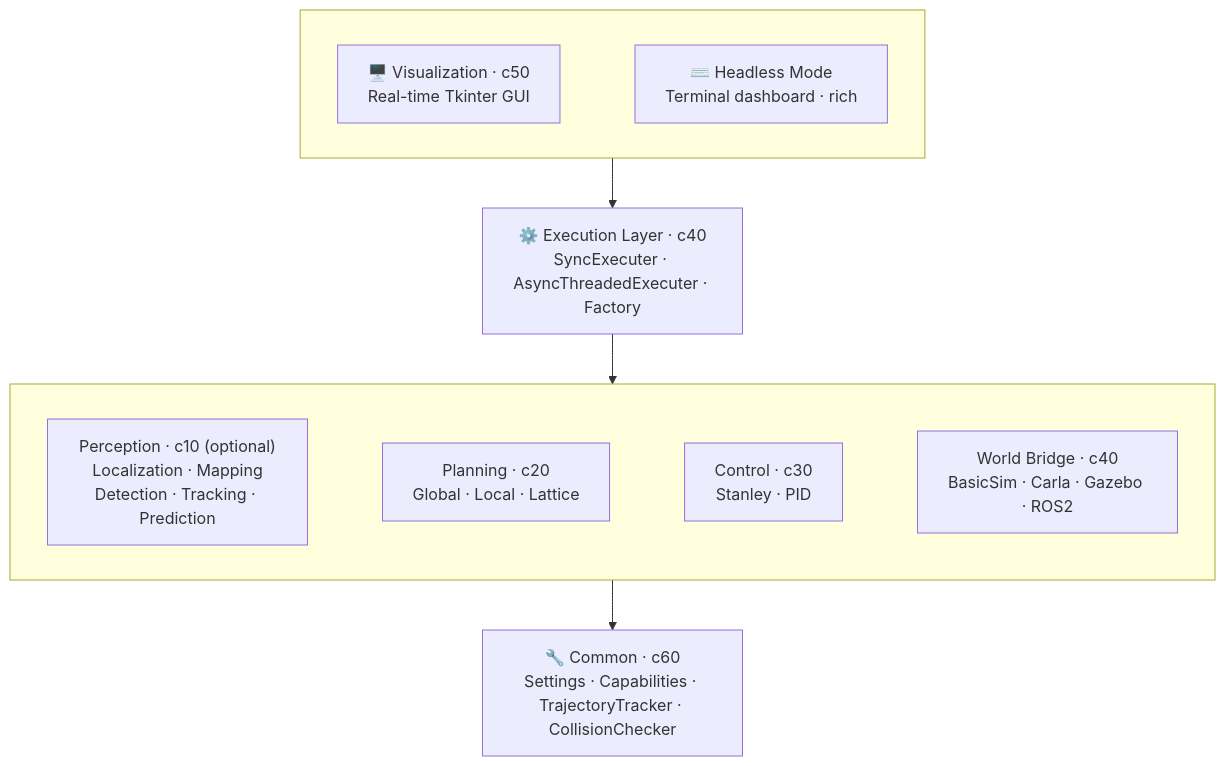
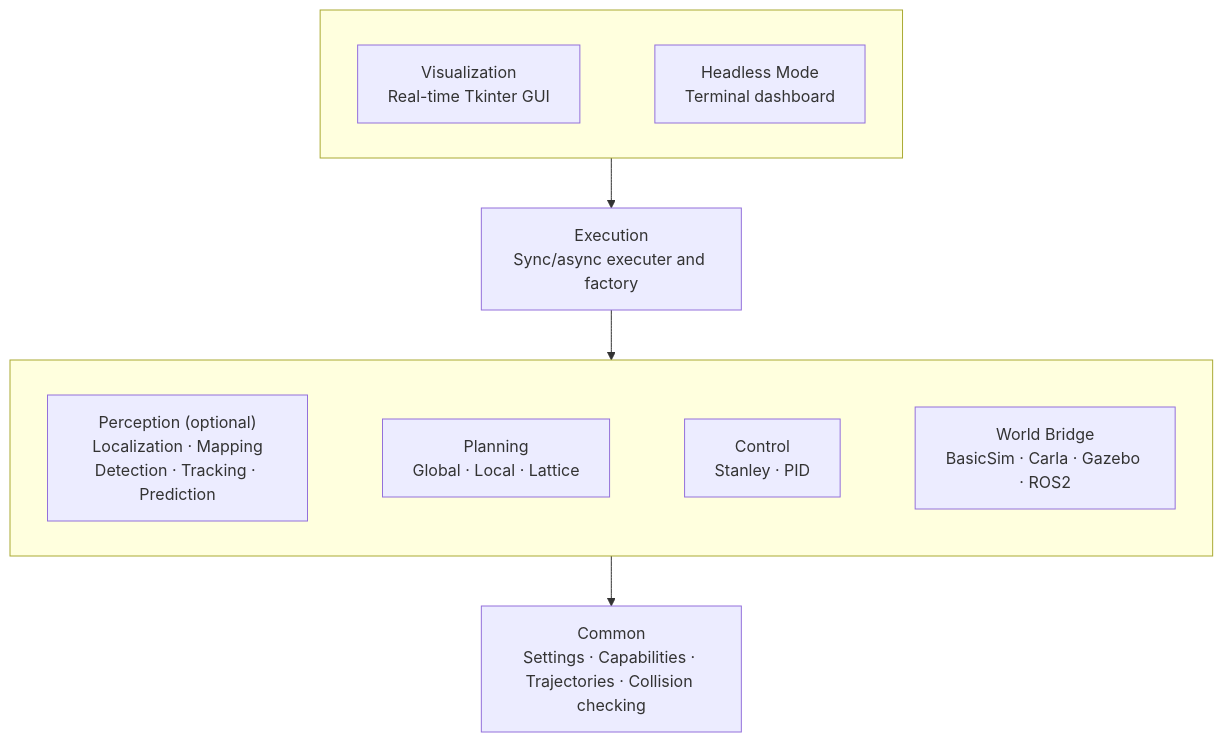
Before and after one commit to AV-Lab/avlite: the diagram in docs/architecture.md, drawn with Mermaid. The commit also changed other lines of this file and 5 other files, not shown here.

````diff
--- a/docs/architecture.md
+++ b/docs/architecture.md
@@ -7,26 +7,26 @@
 ```mermaid
 flowchart TB
     subgraph ENTRY[" "]
         direction LR
-        VIZ["🖥️ Visualization · c50\nReal-time Tkinter GUI"]
-        HL["⌨️ Headless Mode\nTerminal dashboard · rich"]
+        VIZ["Visualization\nReal-time Tkinter GUI"]
+        HL["Headless Mode\nTerminal dashboard"]
         VIZ ~~~ HL
     end
 
-    EXEC["⚙️ Execution Layer · c40\nSyncExecuter · AsyncThreadedExecuter · Factory"]
+    EXEC["Execution\nSync/async executer and factory"]
 
     subgraph COMPONENTS[" "]
         direction LR
-        PERC["Perception · c10 (optional)\nLocalization · Mapping\nDetection · Tracking · Prediction"]
-        PLAN["Planning · c20\nGlobal · Local · Lattice"]
-        CTRL["Control · c30\nStanley · PID"]
-        WB["World Bridge · c40\nBasicSim · Carla · Gazebo · ROS2"]
+        PERC["Perception (optional)\nLocalization · Mapping\nDetection · Tracking · Prediction"]
+        PLAN["Planning\nGlobal · Local · Lattice"]
+        CTRL["Control\nStanley · PID"]
+        WB["World Bridge\nBasicSim · Carla · Gazebo · ROS2"]
         PERC ~~~ PLAN ~~~ CTRL ~~~ WB
     end
 
-    COMMON["🔧 Common · c60\nSettings · Capabilities · TrajectoryTracker · CollisionChecker"]
+    COMMON["Common\nSettings · Capabilities · Trajectories · Collision checking"]
 
     ENTRY --> EXEC
     EXEC --> COMPONENTS
     COMPONENTS --> COMMON
 ```
````
